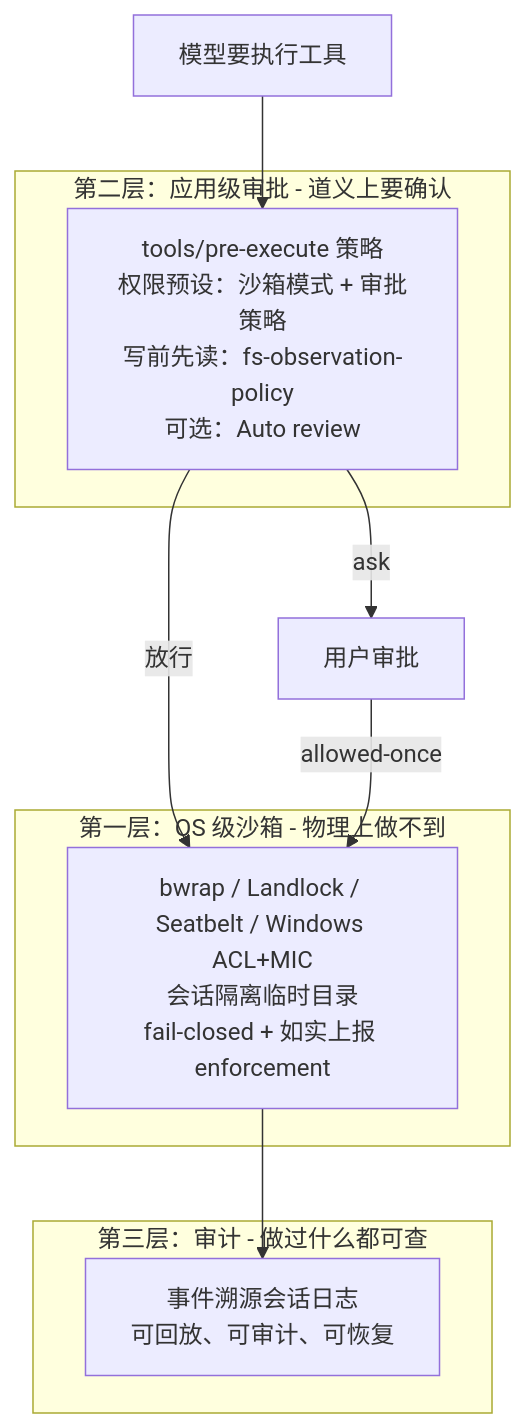
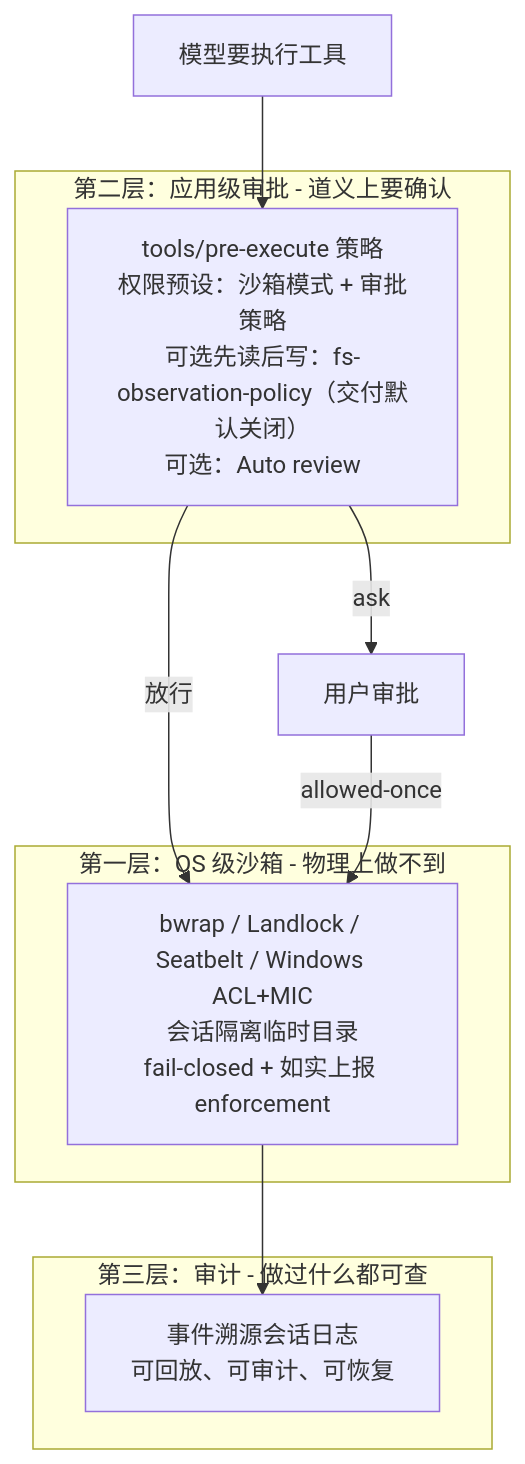
Before and after one commit to vinthuy/deepseek-harness-book: the second of 3 diagrams in 10-沙箱与安全.md, drawn with Mermaid. The commit also changed other lines of this file and 24 other files, not shown here.

````diff
--- a/10-沙箱与安全.md
+++ b/10-沙箱与安全.md
@@ -169,17 +169,17 @@
 ```mermaid
 flowchart TB
     subgraph 第一层[第一层：OS 级沙箱 - 物理上做不到]
         L1[bwrap / Landlock / Seatbelt / Windows ACL+MIC<br/>会话隔离临时目录<br/>fail-closed + 如实上报 enforcement]
     end
     subgraph 第二层[第二层：应用级审批 - 道义上要确认]
-        L2[tools/pre-execute 策略<br/>权限预设：沙箱模式 + 审批策略<br/>写前先读：fs-observation-policy<br/>可选：Auto review]
+        L2[tools/pre-execute 策略<br/>权限预设：沙箱模式 + 审批策略<br/>可选先读后写：fs-observation-policy（交付默认关闭）<br/>可选：Auto review]
     end
     subgraph 第三层[第三层：审计 - 做过什么都可查]
         L3[事件溯源会话日志<br/>可回放、可审计、可恢复]
     end
     M[模型要执行工具] --> L2
     L2 -->|放行| L1
     L2 -->|ask| U[用户审批]
     U -->|allowed-once| L1
     L1 --> L3
 ```
````
